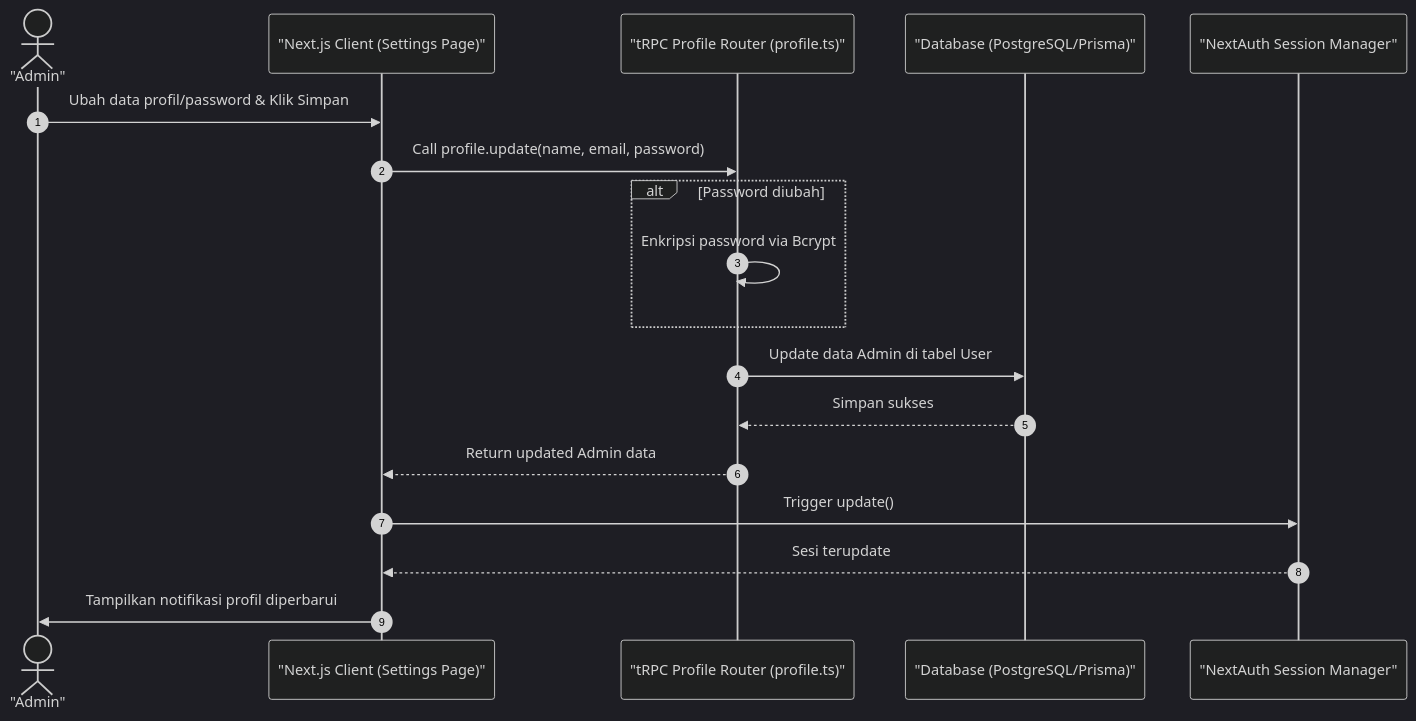
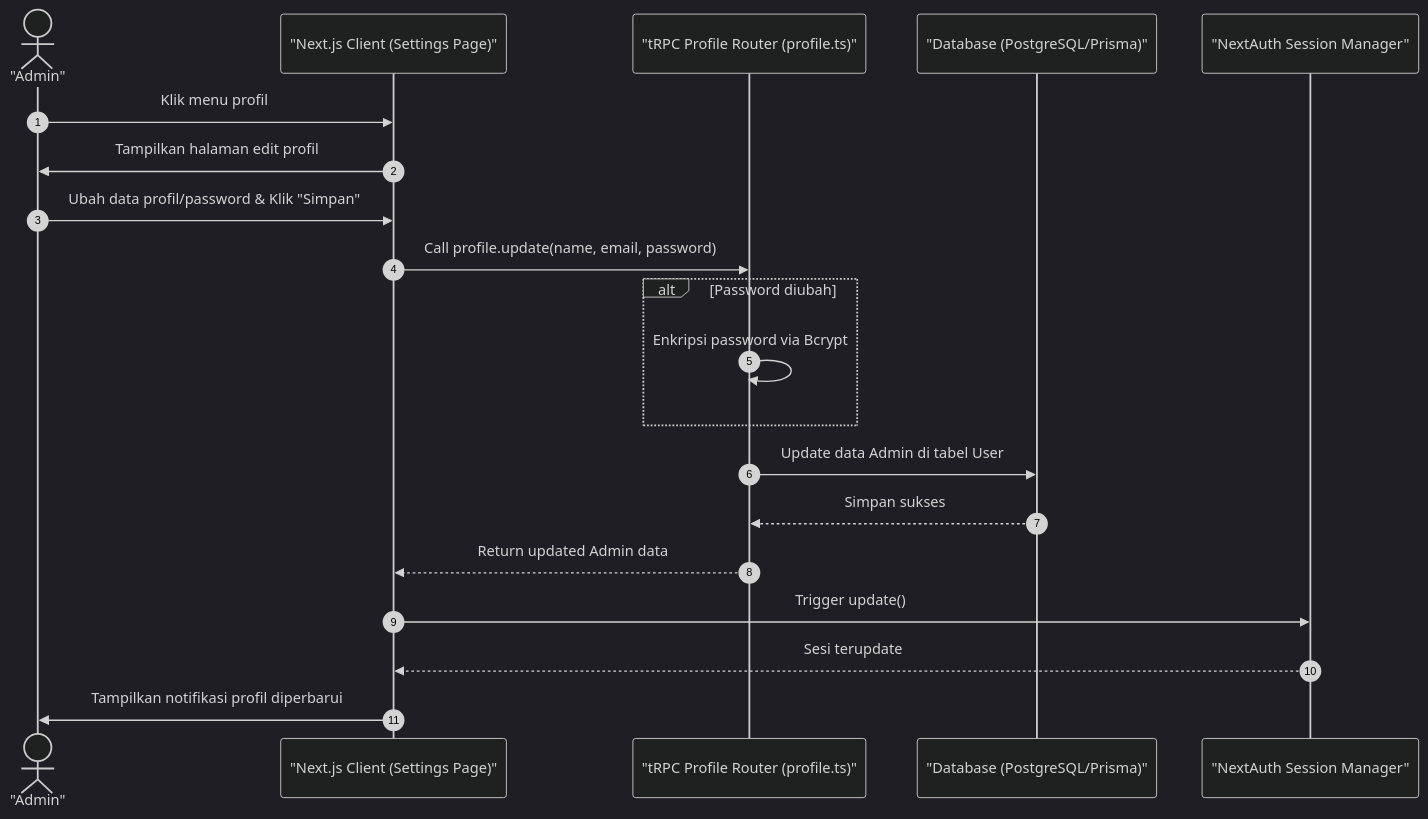
Before and after one commit to luputer/CuanIN: the diagram in docs/13-admin-profile-edit.md, drawn with Mermaid (dark theme). The commit also changed 7 other files, not shown here.

Commit message:
perbaiki sequence

````diff
--- a/docs/13-admin-profile-edit.md
+++ b/docs/13-admin-profile-edit.md
@@ -5,22 +5,24 @@
 ```mermaid
 sequenceDiagram
     autonumber
     actor Admin as "Admin"
     participant Client as "Next.js Client (Settings Page)"
     participant Server as "tRPC Profile Router (profile.ts)"
     participant DB as "Database (PostgreSQL/Prisma)"
     participant NextAuth as "NextAuth Session Manager"
 
-    Admin->>Client: Ubah data profil/password & Klik Simpan
+    Admin->>Client: Klik menu profil
+    Client->>Admin: Tampilkan halaman edit profil
+    Admin->>Client: Ubah data profil/password & Klik "Simpan"
     Client->>Server: Call profile.update(name, email, password)
     alt Password diubah
         Server->>Server: Enkripsi password via Bcrypt
     end
     Server->>DB: Update data Admin di tabel User
     DB-->>Server: Simpan sukses
     Server-->>Client: Return updated Admin data
     Client->>NextAuth: Trigger update()
     NextAuth-->>Client: Sesi terupdate
     Client->>Admin: Tampilkan notifikasi profil diperbarui
 
 ```
````
